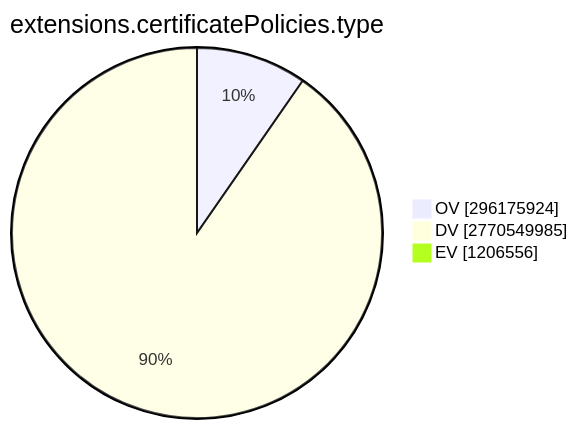
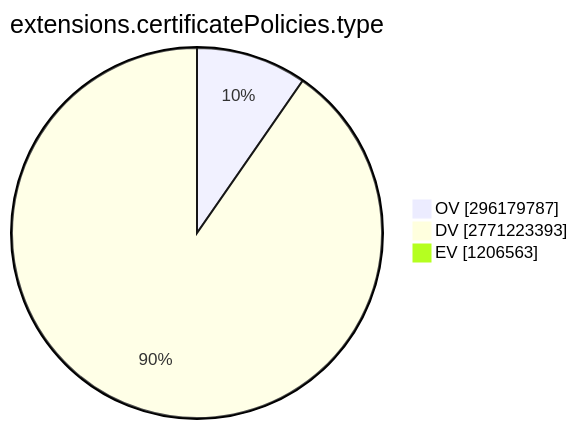
The ninth of 15 diagrams in TOTAL/README.md (christiankrug/ctmonitor_visualization), drawn with Mermaid before and after one commit. The commit also changed other lines of this file, not shown here.

````diff
--- a/TOTAL/README.md
+++ b/TOTAL/README.md
@@ -3099,7 +3099,7 @@
 ```mermaid
 pie showData
 title extensions.certificatePolicies.type
-"OV" :296175924
-"DV" :2770549985
-"EV" :1206556
+"OV" :296179787
+"DV" :2771223393
+"EV" :1206563
 ```
````
